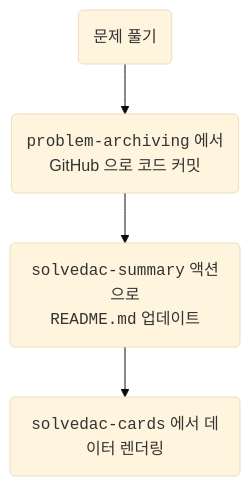
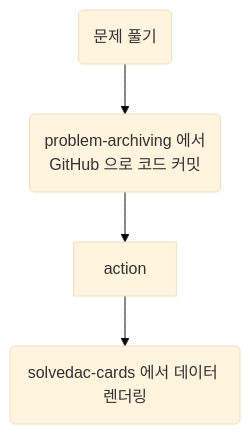
Before and after one commit to seheon99/problem-solving: the diagram in README.md, drawn with Mermaid (base theme).

Commit message:
Simplify flowchart process in README
Updated flowchart in README to simplify the process description.

````diff
--- a/README.md
+++ b/README.md
@@ -25,9 +25,8 @@
 ```mermaid
 flowchart
   solve(문제 풀기)
-  detect(<code>problem-archiving</code> 에서<br>GitHub 으로 코드 커밋)
-  action(<code>solvedac-summary</code> 액션으로<br><code>README.md</code> 업데이트)
-  show(<code>solvedac-cards</code> 에서 데이터 렌더링)
+  detect(problem-archiving 에서<br>GitHub 으로 코드 커밋)
+  show(solvedac-cards 에서 데이터 렌더링)
 
   solve --> detect --> action --> show
 ```
````
